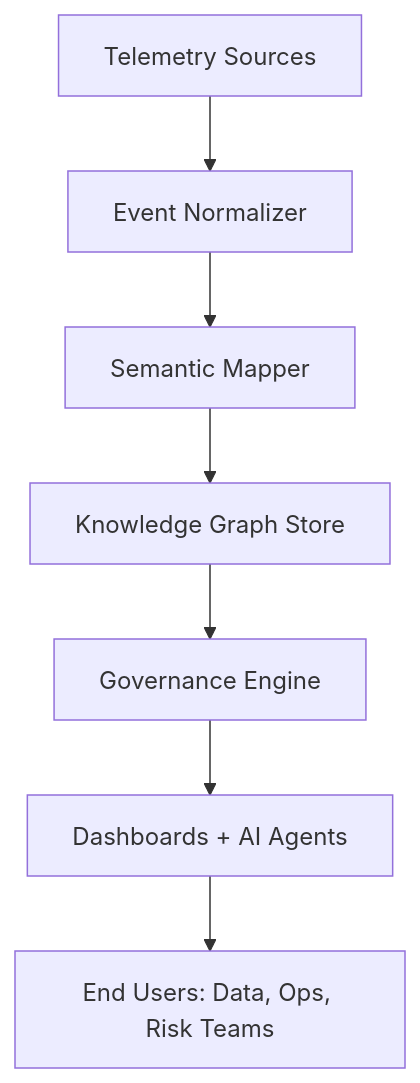
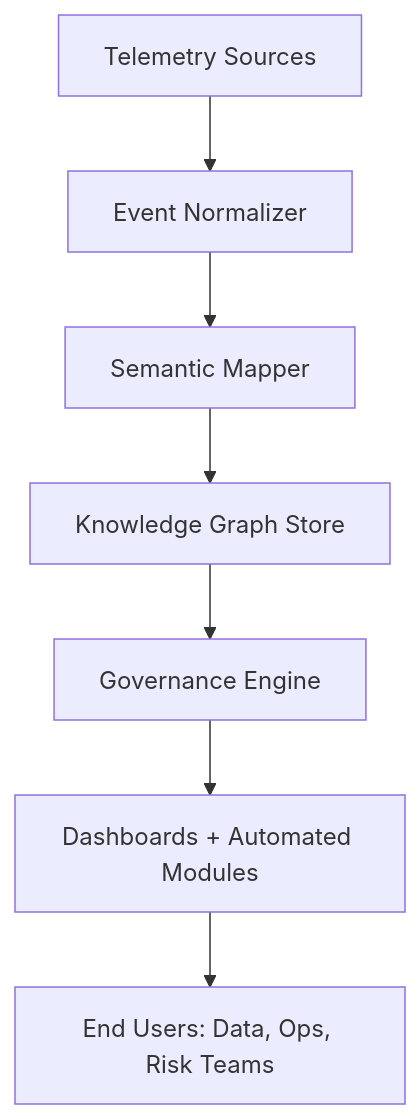
One commit to org-runink/site changed the third of 4 diagrams in content/blog/automated-semantic-layer-data-observability.md. Above: the diagram before and after it, drawn with Mermaid. The commit also changed other lines of this file and 93 other files, not shown here.

```diff
--- a/content/blog/automated-semantic-layer-data-observability.md
+++ b/content/blog/automated-semantic-layer-data-observability.md
@@ -138,9 +138,9 @@
 {{< mermaid >}}
 graph TD
   A[Telemetry Sources] --> B[Event Normalizer]
   B --> C[Semantic Mapper]
   C --> D[Knowledge Graph Store]
   D --> E[Governance Engine]
-  E --> F[Dashboards + AI Agents]
+  E --> F[Dashboards + Automated Modules]
   F --> G[End Users: Data, Ops, Risk Teams]
 {{< /mermaid >}}
```
